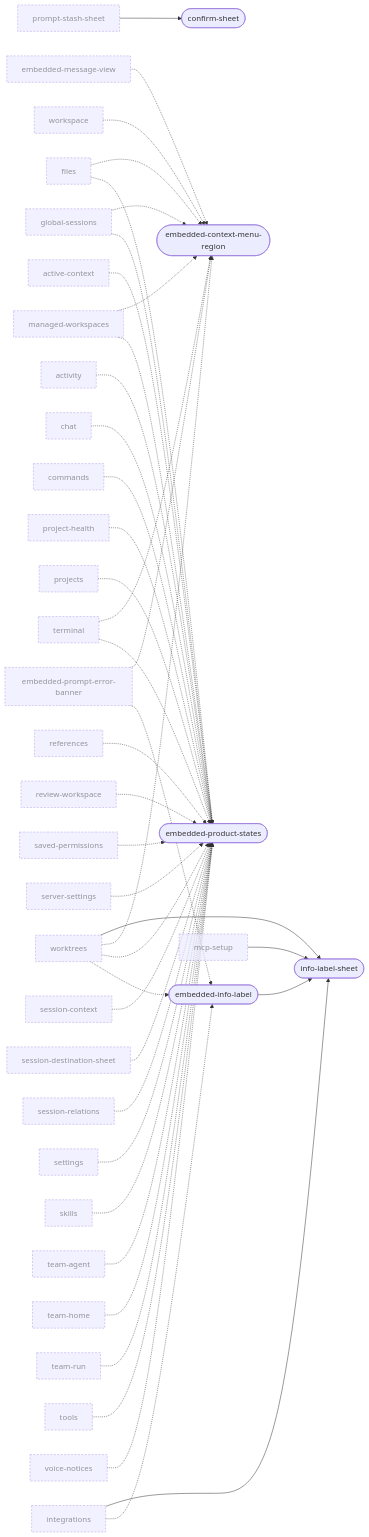
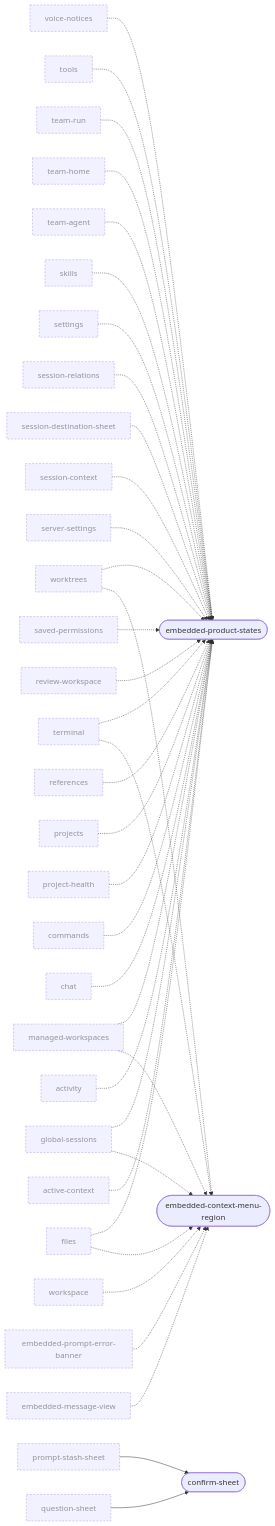
One commit to Breskott/opencode-mobile-next changed the tenth of 10 diagrams in docs/design/ui-ledger/navigation.md. Above: the diagram before and after it, drawn with Mermaid. The commit also changed other lines of this file and 54 other files, not shown here.

````diff
--- a/docs/design/ui-ledger/navigation.md
+++ b/docs/design/ui-ledger/navigation.md
@@ -1369,81 +1344,72 @@
 ```mermaid
 graph LR
   active_context["active-context"]:::ext
   activity["activity"]:::ext
   chat["chat"]:::ext
   commands["commands"]:::ext
   confirm_sheet(["confirm-sheet"])
   embedded_context_menu_region(["embedded-context-menu-region"])
-  embedded_info_label(["embedded-info-label"])
   embedded_message_view["embedded-message-view"]:::ext
   embedded_product_states(["embedded-product-states"])
   embedded_prompt_error_banner["embedded-prompt-error-banner"]:::ext
   files["files"]:::ext
   global_sessions["global-sessions"]:::ext
-  info_label_sheet(["info-label-sheet"])
-  integrations["integrations"]:::ext
   managed_workspaces["managed-workspaces"]:::ext
-  mcp_setup["mcp-setup"]:::ext
   project_health["project-health"]:::ext
   projects["projects"]:::ext
   prompt_stash_sheet["prompt-stash-sheet"]:::ext
+  question_sheet["question-sheet"]:::ext
   references["references"]:::ext
   review_workspace["review-workspace"]:::ext
   saved_permissions["saved-permissions"]:::ext
   server_settings["server-settings"]:::ext
   session_context["session-context"]:::ext
   session_destination_sheet["session-destination-sheet"]:::ext
   session_relations["session-relations"]:::ext
   settings["settings"]:::ext
   skills["skills"]:::ext
   team_agent["team-agent"]:::ext
   team_home["team-home"]:::ext
   team_run["team-run"]:::ext
   terminal["terminal"]:::ext
   tools["tools"]:::ext
   voice_notices["voice-notices"]:::ext
   workspace["workspace"]:::ext
   worktrees["worktrees"]:::ext
+  question_sheet --> confirm_sheet
   prompt_stash_sheet --> confirm_sheet
-  worktrees --> info_label_sheet
-  integrations --> info_label_sheet
-  mcp_setup --> info_label_sheet
-  embedded_info_label --> info_label_sheet
   embedded_message_view -.-> embedded_context_menu_region
   embedded_prompt_error_banner -.-> embedded_context_menu_region
   files -.-> embedded_context_menu_region
   global_sessions -.-> embedded_context_menu_region
   managed_workspaces -.-> embedded_context_menu_region
   terminal -.-> embedded_context_menu_region
   workspace -.-> embedded_context_menu_region
   worktrees -.-> embedded_context_menu_region
   active_context -.-> embedded_product_states
   activity -.-> embedded_product_states
   chat -.-> embedded_product_states
   commands -.-> embedded_product_states
   files -.-> embedded_product_states
   global_sessions -.-> embedded_product_states
   managed_workspaces -.-> embedded_product_states
   project_health -.-> embedded_product_states
   projects -.-> embedded_product_states
   references -.-> embedded_product_states
   review_workspace -.-> embedded_product_states
   saved_permissions -.-> embedded_product_states
   server_settings -.-> embedded_product_states
   session_context -.-> embedded_product_states
   session_destination_sheet -.-> embedded_product_states
   session_relations -.-> embedded_product_states
   settings -.-> embedded_product_states
   skills -.-> embedded_product_states
   team_agent -.-> embedded_product_states
   team_home -.-> embedded_product_states
   team_run -.-> embedded_product_states
   terminal -.-> embedded_product_states
   tools -.-> embedded_product_states
   voice_notices -.-> embedded_product_states
   worktrees -.-> embedded_product_states
-  embedded_prompt_error_banner -.-> embedded_info_label
-  integrations -.-> embedded_info_label
-  worktrees -.-> embedded_info_label
   classDef ext stroke-dasharray: 4 3,opacity:0.7
 ```
````
